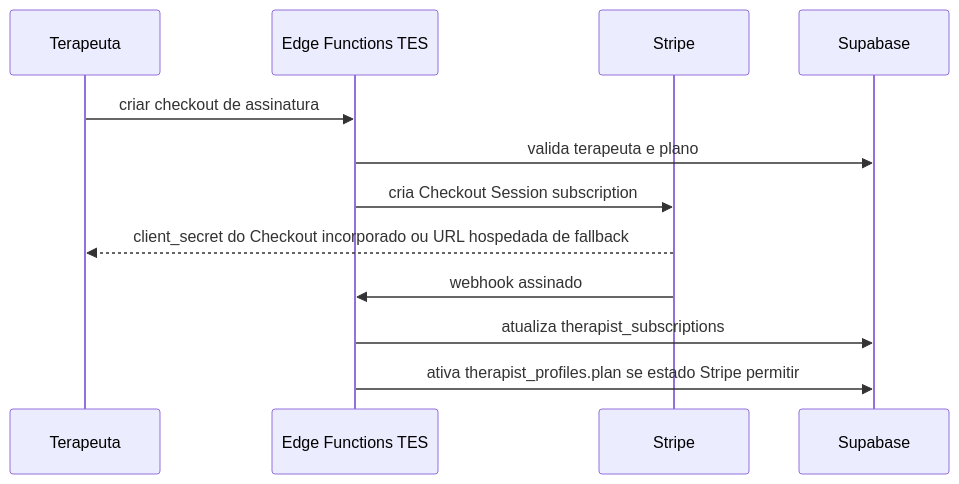
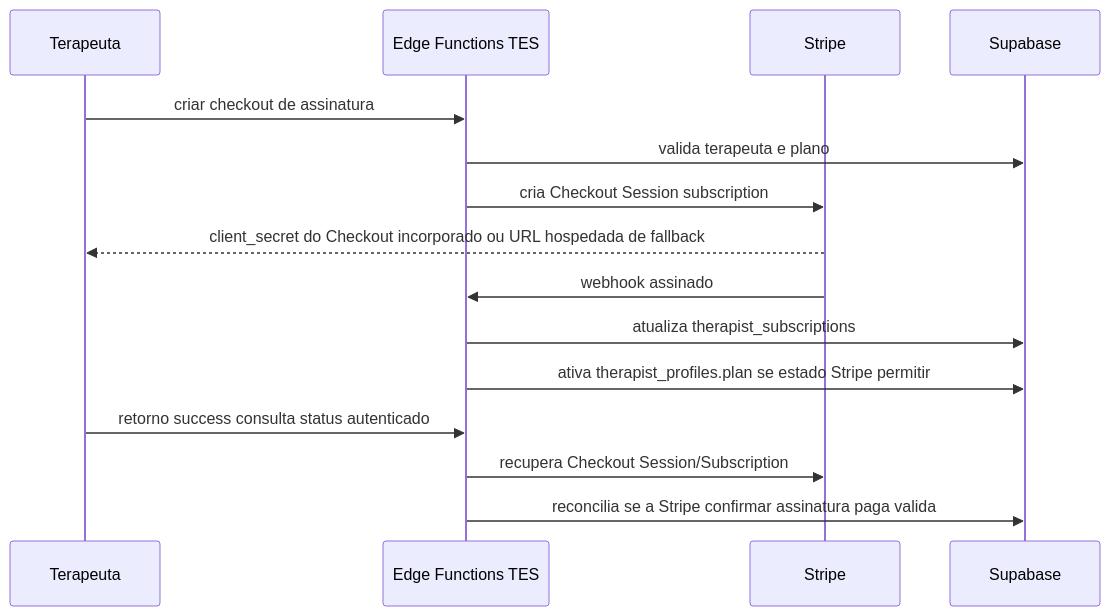
One commit to projetos-eba/terapeuta-eu-sou changed the first of 2 diagrams in docs/payments/architecture.md. Above: the diagram before and after it, drawn with Mermaid. The commit also changed other lines of this file and 2 other files, not shown here.

Commit message:
docs subscription checkout reconciliation

````diff
--- a/docs/payments/architecture.md
+++ b/docs/payments/architecture.md
@@ -113,15 +119,18 @@
 ```mermaid
 sequenceDiagram
   participant T as Terapeuta
   participant TES as Edge Functions TES
   participant S as Stripe
   participant DB as Supabase
 
   T->>TES: criar checkout de assinatura
   TES->>DB: valida terapeuta e plano
   TES->>S: cria Checkout Session subscription
   S-->>T: client_secret do Checkout incorporado ou URL hospedada de fallback
   S->>TES: webhook assinado
   TES->>DB: atualiza therapist_subscriptions
   TES->>DB: ativa therapist_profiles.plan se estado Stripe permitir
+  T->>TES: retorno success consulta status autenticado
+  TES->>S: recupera Checkout Session/Subscription
+  TES->>DB: reconcilia se a Stripe confirmar assinatura paga valida
 ```
````
